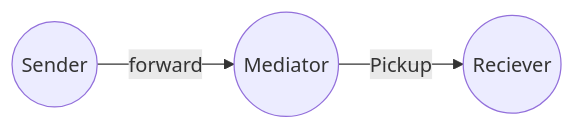
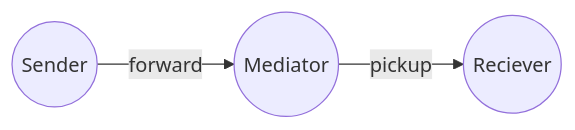
The diagram in README.md (hyperledger/identus-mediator), drawn with Mermaid before and after one commit. The commit also changed other lines of this file and 24 other files, not shown here.

````diff
--- a/README.md
+++ b/README.md
@@ -7,6 +7,6 @@
 ```mermaid
    graph LR
     A((Sender)) -- forward --> M((Mediator))
-    M--Pickup-->D((Reciever))
+    M--pickup-->D((Reciever))
    
 ```
````
